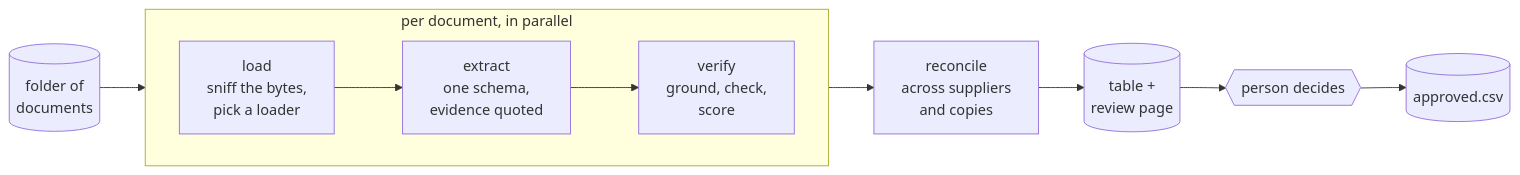
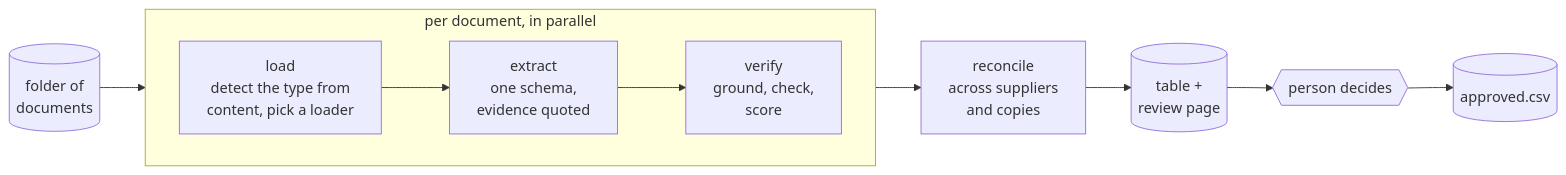
Before and after one commit to sean-carmody5/docintel: the first of 2 diagrams in README.md, drawn with Mermaid. The commit also changed other lines of this file and 5 other files, not shown here.

````diff
--- a/README.md
+++ b/README.md
@@ -7,12 +7,12 @@
 ```mermaid
 flowchart LR
   F[(folder of<br/>documents)] --> L
   subgraph P["per document, in parallel"]
     direction LR
-    L[load<br/>sniff the bytes,<br/>pick a loader] --> X[extract<br/>one schema,<br/>evidence quoted] --> V[verify<br/>ground, check,<br/>score]
+    L[load<br/>detect the type from<br/>content, pick a loader] --> X[extract<br/>one schema,<br/>evidence quoted] --> V[verify<br/>ground, check,<br/>score]
   end
   V --> R[reconcile<br/>across suppliers<br/>and copies]
   R --> W[(table +<br/>review page)]
   W --> H{{person decides}}
   H --> A[(approved.csv)]
 ```
````
